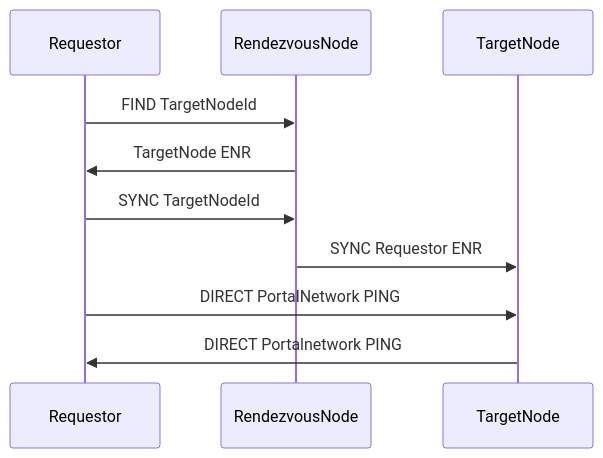
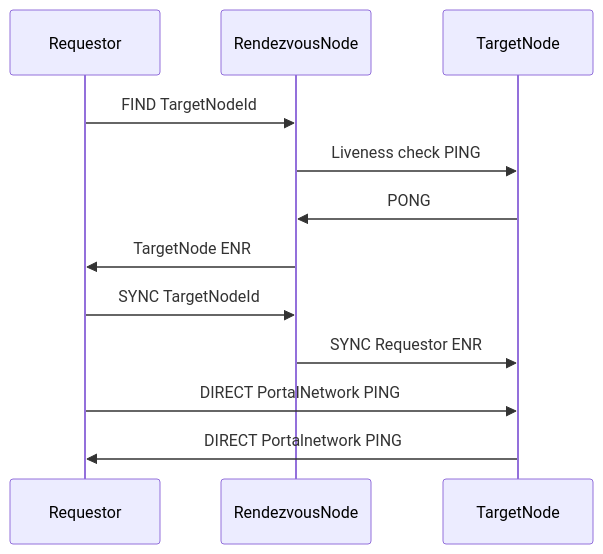
The diagram in packages/portalnetwork/diagrams/RENDEZVOUS.md (ethereumjs/ultralight), drawn with Mermaid before and after one commit. The commit also changed 1 other file, not shown here.

Commit message:
Add liveness check to rendezvoous

````diff
--- a/packages/portalnetwork/diagrams/RENDEZVOUS.md
+++ b/packages/portalnetwork/diagrams/RENDEZVOUS.md
@@ -2,9 +2,11 @@
 ```mermaid
     sequenceDiagram
         Requestor->>RendezvousNode: FIND TargetNodeId
+        RendezvousNode->>TargetNode: Liveness check PING
+        TargetNode->>RendezvousNode: PONG
         RendezvousNode->>Requestor: TargetNode ENR
         Requestor->>RendezvousNode: SYNC TargetNodeId
         RendezvousNode->>TargetNode: SYNC Requestor ENR
         Requestor->>TargetNode: DIRECT PortalNetwork PING
         TargetNode->>Requestor: DIRECT Portalnetwork PING
 ```
````
